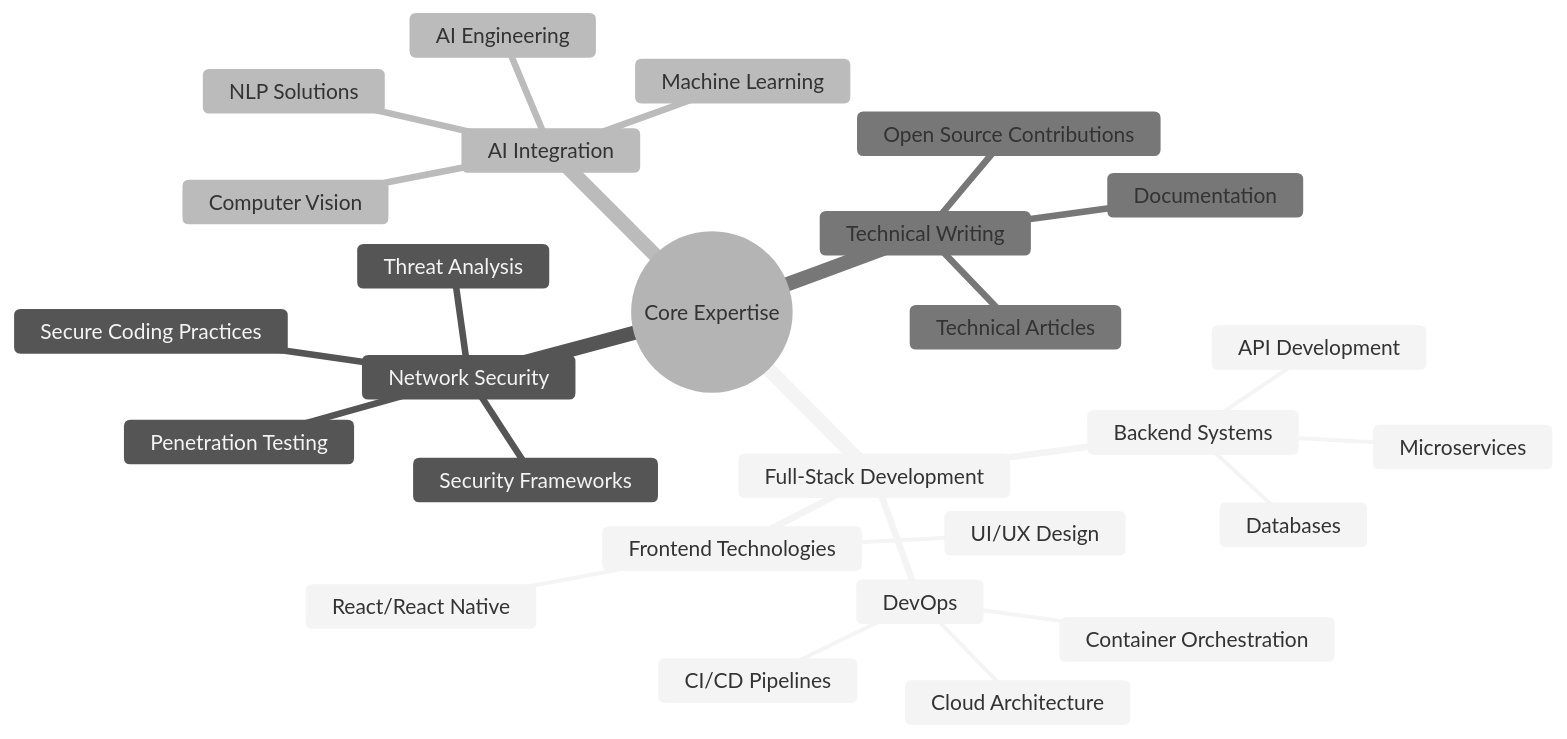
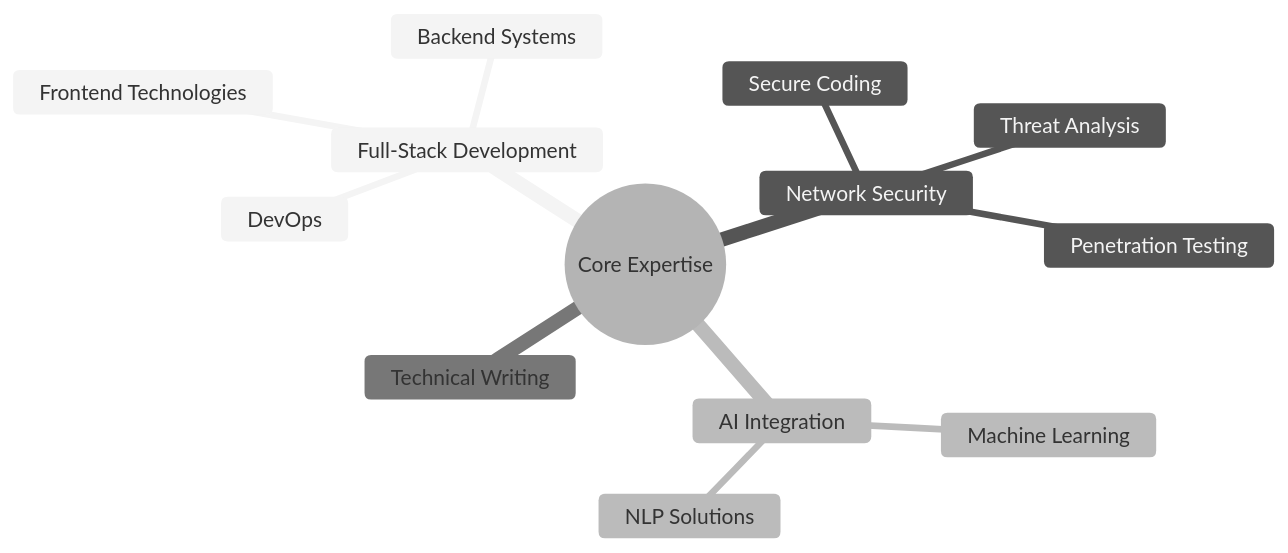
Before and after one commit to awiones/awiones: the diagram in README.md, drawn with Mermaid. The commit also changed other lines of this file, not shown here.

````diff
--- a/README.md
+++ b/README.md
@@ -109,31 +39,17 @@
 ```mermaid
 %%{init: {'theme': 'neutral', 'themeVariables': { 'fontSize': '16px', 'primaryColor': '#0366D6', 'primaryTextColor': '#fff', 'lineColor': '#0366D6'}}}%%
 mindmap
   root((Core Expertise))
     Full-Stack Development
       Frontend Technologies
-        React/React Native
-        UI/UX Design
       Backend Systems
-        API Development
-        Microservices
-        Databases
       DevOps
-        CI/CD Pipelines
-        Container Orchestration
-        Cloud Architecture
     Network Security
       Penetration Testing
       Threat Analysis
-      Security Frameworks
-      Secure Coding Practices
+      Secure Coding
     AI Integration
       Machine Learning
       NLP Solutions
-      Computer Vision
-      AI Engineering
     Technical Writing
-      Documentation
-      Technical Articles
-      Open Source Contributions
 ```
````
